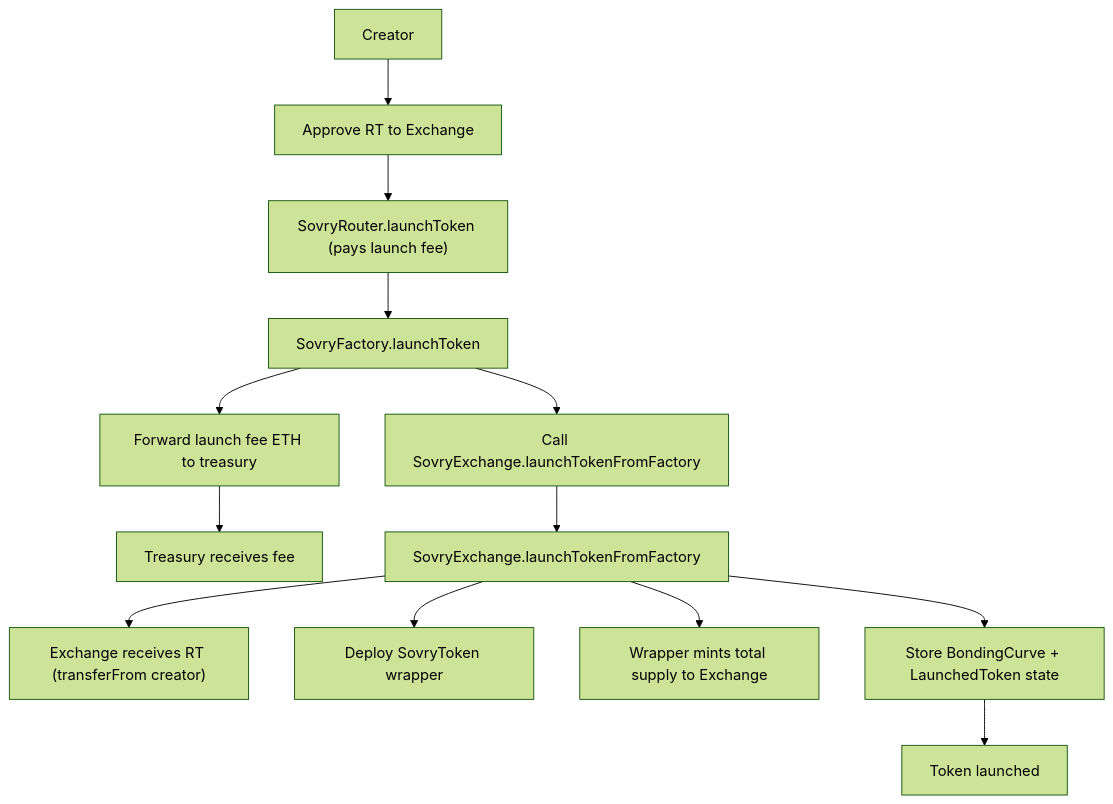
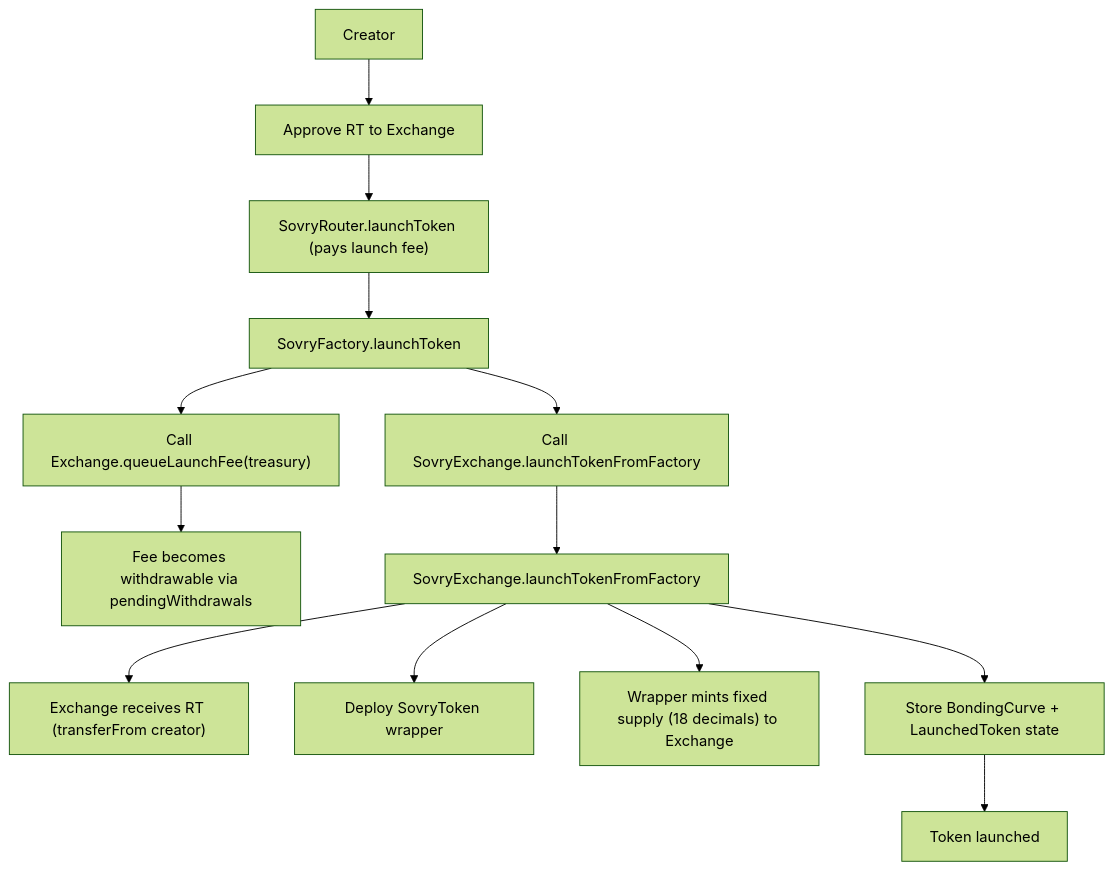
One commit to E1eng/Sovry changed the second of 8 diagrams in docs/contracts-flow.md. Above: the diagram before and after it, drawn with Mermaid (forest theme). The commit also changed other lines of this file and 6 other files, not shown here.

````diff
--- a/docs/contracts-flow.md
+++ b/docs/contracts-flow.md
@@ -21,15 +21,15 @@
 ```mermaid
 graph TD;
     C["Creator"] --> A1["Approve RT to Exchange"];
     A1 --> RL["SovryRouter.launchToken (pays launch fee)"];
     RL --> FL["SovryFactory.launchToken"];
-    FL --> A2["Forward launch fee ETH to treasury"];
-    A2 --> TREAS["Treasury receives fee"];
+    FL --> A2["Call Exchange.queueLaunchFee(treasury)"];
+    A2 --> TREAS["Fee becomes withdrawable via pendingWithdrawals"];
     FL --> A3["Call SovryExchange.launchTokenFromFactory"];
     A3 --> XLF["SovryExchange.launchTokenFromFactory"];
     XLF --> XRT["Exchange receives RT (transferFrom creator)"];
     XLF --> WNEW["Deploy SovryToken wrapper"];
-    XLF --> WMINT["Wrapper mints total supply to Exchange"];
+    XLF --> WMINT["Wrapper mints fixed supply (18 decimals) to Exchange"];
     XLF --> CURVE["Store BondingCurve + LaunchedToken state"];
     CURVE --> DONE["Token launched"];
 ```
````
